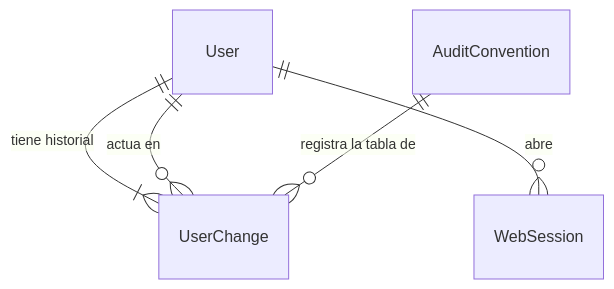
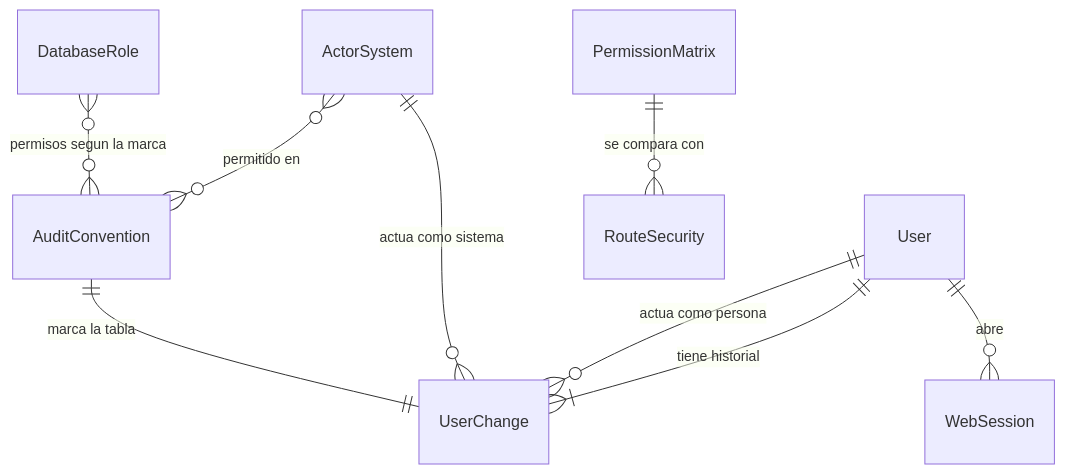
The fourth of 4 diagrams in aidlc/spaces/default/intents/261002-veridicus-mvp/construction/identity-access/functional-design/functional-spec.md (freyesJaveriana/tai), drawn with Mermaid before and after one commit. The commit also changed other lines of this file and 10 other files, not shown here.

````diff
--- a/aidlc/spaces/default/intents/261002-veridicus-mvp/construction/identity-access/functional-design/functional-spec.md
+++ b/aidlc/spaces/default/intents/261002-veridicus-mvp/construction/identity-access/functional-design/functional-spec.md
@@ -174,7 +343,11 @@
 ```mermaid
 erDiagram
   User ||--|{ UserChange : "tiene historial"
+  User ||--o{ UserChange : "actua como persona"
+  ActorSystem ||--o{ UserChange : "actua como sistema"
   User ||--o{ WebSession : "abre"
-  User ||--o{ UserChange : "actua en"
-  AuditConvention ||--o{ UserChange : "registra la tabla de"
+  AuditConvention ||--|| UserChange : "marca la tabla"
+  ActorSystem }o--o{ AuditConvention : "permitido en"
+  DatabaseRole }o--o{ AuditConvention : "permisos segun la marca"
+  PermissionMatrix ||--o{ RouteSecurity : "se compara con"
 ```
````
